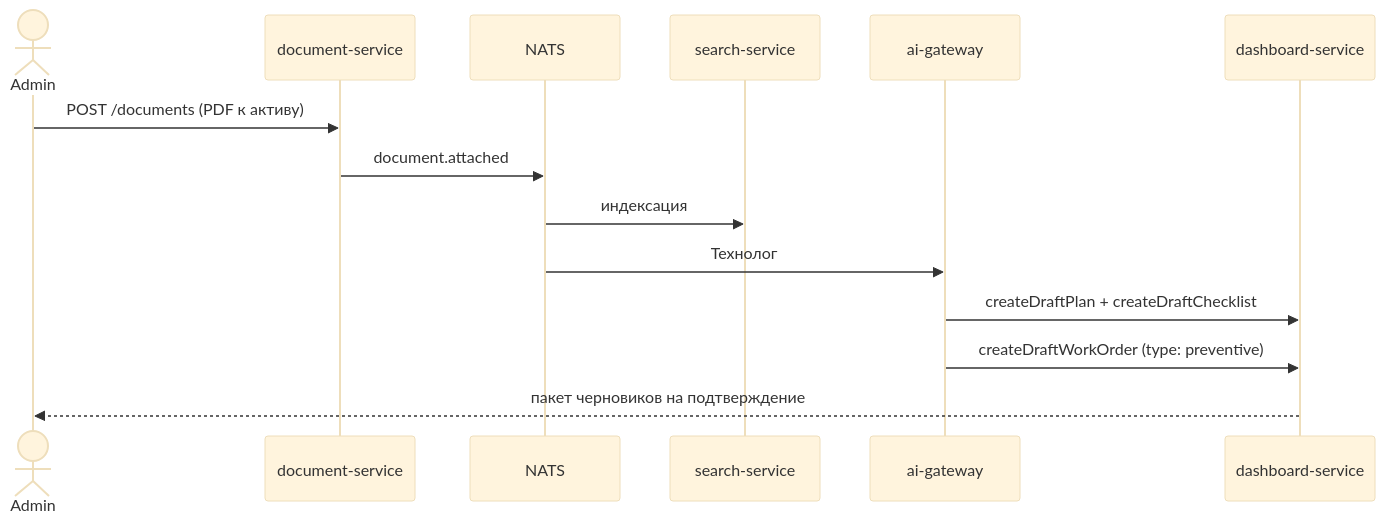
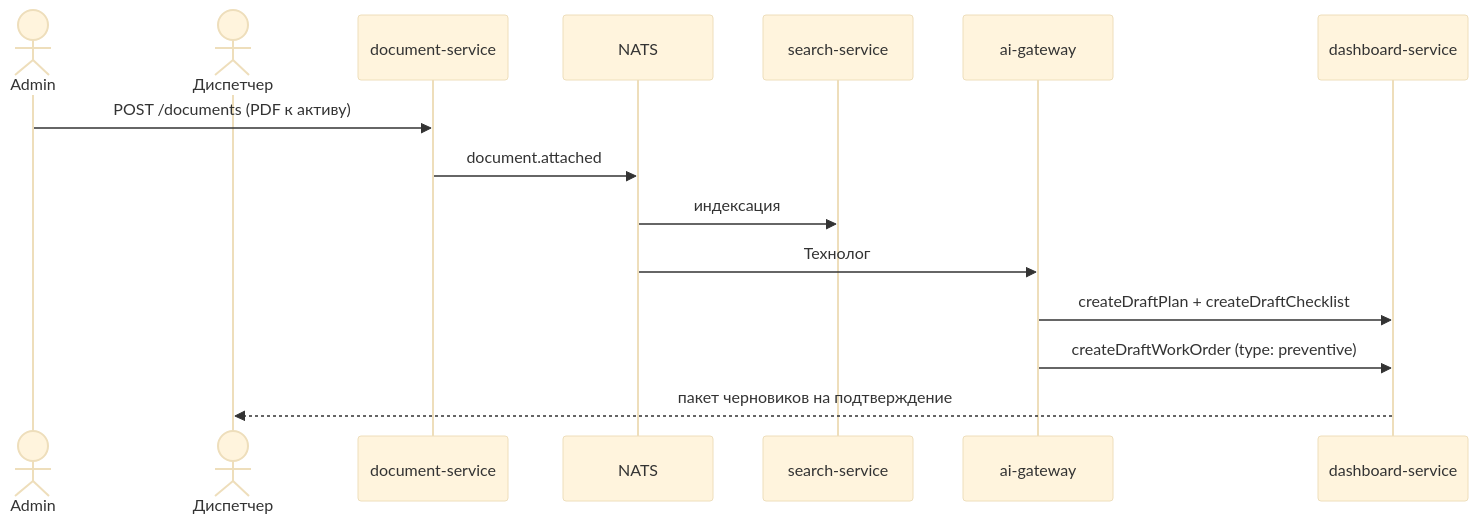
One commit to masterdoc-app/masterdoc changed diagram 12 of 12 in TOIR_AI_SYSTEM_DESIGN.md. Above: the diagram before and after it, drawn with Mermaid (base theme). The commit also changed other lines of this file, not shown here.

First line of the commit message:
docs: dispatcher approves preventive work orders, not admin

````diff
--- a/TOIR_AI_SYSTEM_DESIGN.md
+++ b/TOIR_AI_SYSTEM_DESIGN.md
@@ -1025,17 +1028,18 @@
 ```mermaid
 sequenceDiagram
-  actor A as Admin
+  actor Admin as Admin
+  actor Disp as Диспетчер
   participant DOC as document-service
   participant BUS as NATS
   participant SRCH as search-service
   participant AI as ai-gateway
   participant DSH as dashboard-service
 
-  A->>DOC: POST /documents (PDF к активу)
+  Admin->>DOC: POST /documents (PDF к активу)
   DOC->>BUS: document.attached
   BUS->>SRCH: индексация
   BUS->>AI: Технолог
   AI->>DSH: createDraftPlan + createDraftChecklist
   AI->>DSH: createDraftWorkOrder (type: preventive)
-  DSH-->>A: пакет черновиков на подтверждение
+  DSH-->>Disp: пакет черновиков на подтверждение
 ```
````
